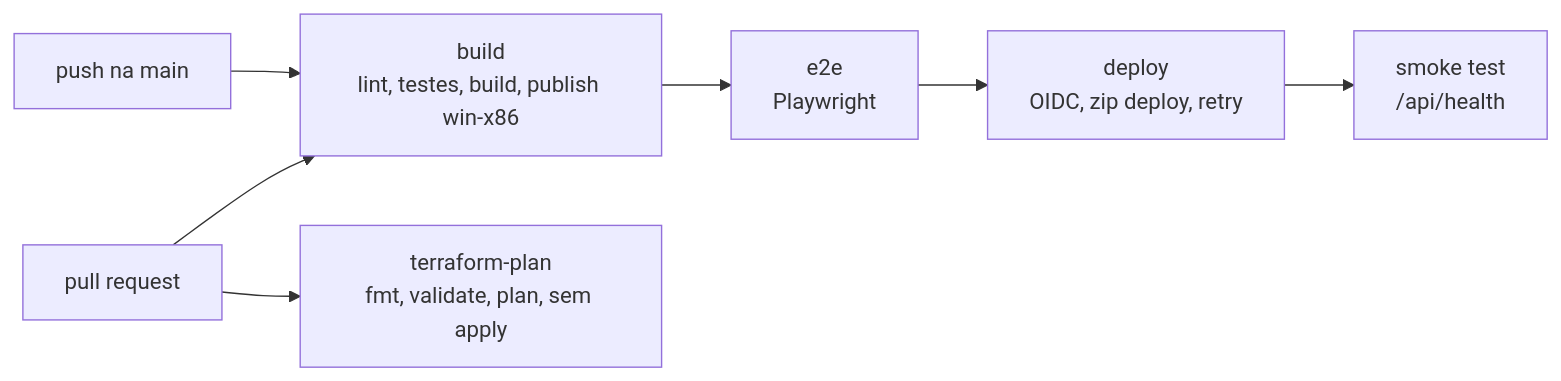
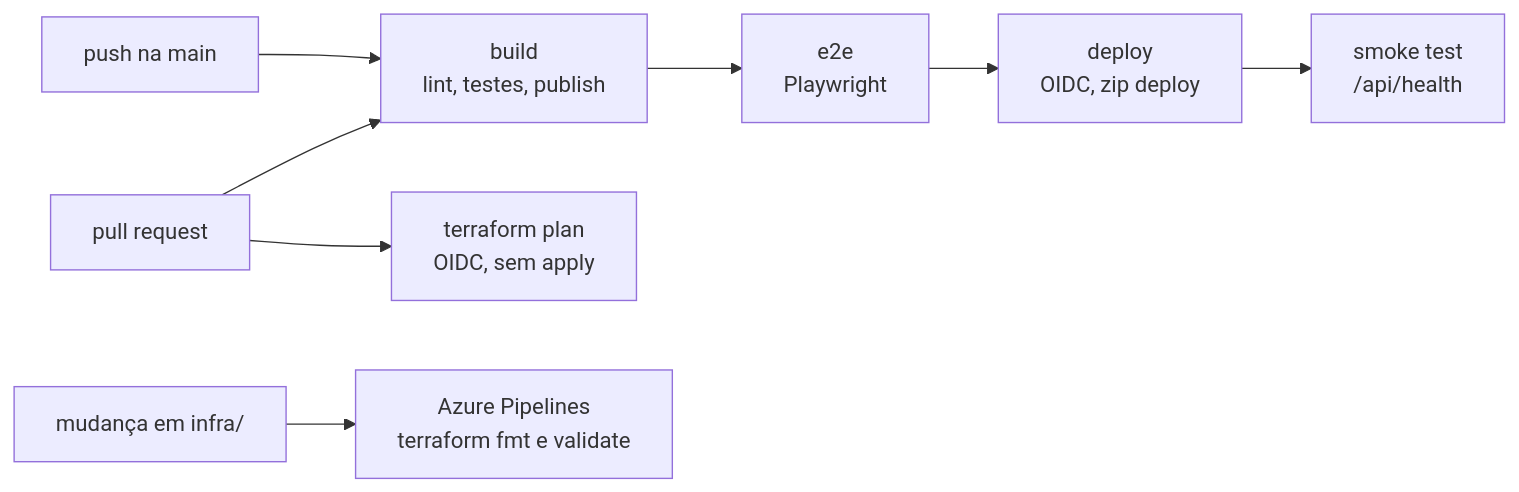
Before and after one commit to DaviLuisSantos/arco: the diagram in README.md, drawn with Mermaid. The commit also changed other lines of this file and 15 other files, not shown here.

Commit message:
README reescrito para o propósito do produto; detalhe técnico em docs/ARCHITECTURE.md

````diff
--- a/README.md
+++ b/README.md
@@ -387,9 +168,10 @@
 ```mermaid
 flowchart LR
-  P["push na main"] --> B["build<br/>lint, testes, build, publish win-x86"]
+  P["push na main"] --> B["build<br/>lint, testes, publish"]
   B --> E["e2e<br/>Playwright"]
-  E --> D["deploy<br/>OIDC, zip deploy, retry"]
+  E --> D["deploy<br/>OIDC, zip deploy"]
   D --> S["smoke test<br/>/api/health"]
   PR["pull request"] --> B
-  PR --> T["terraform-plan<br/>fmt, validate, plan, sem apply"]
+  PR --> T["terraform plan<br/>OIDC, sem apply"]
+  I["mudança em infra/"] --> V["Azure Pipelines<br/>terraform fmt e validate"]
 ```
````
